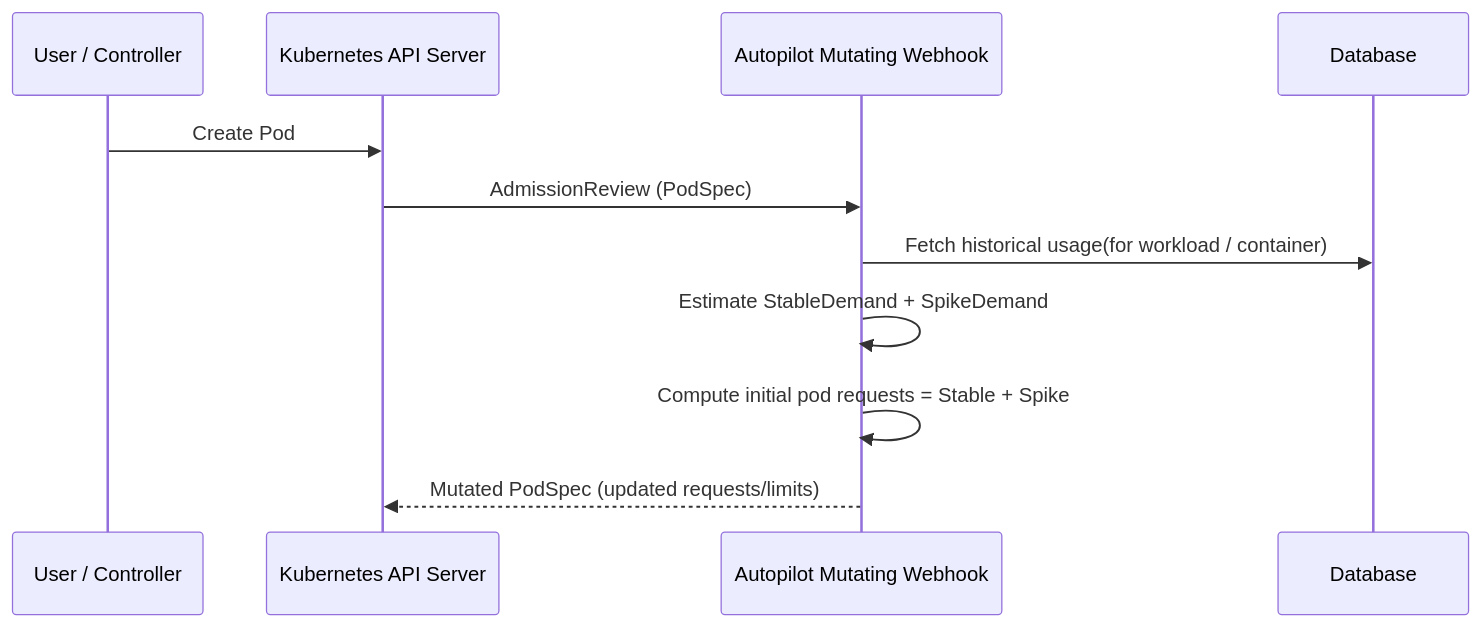
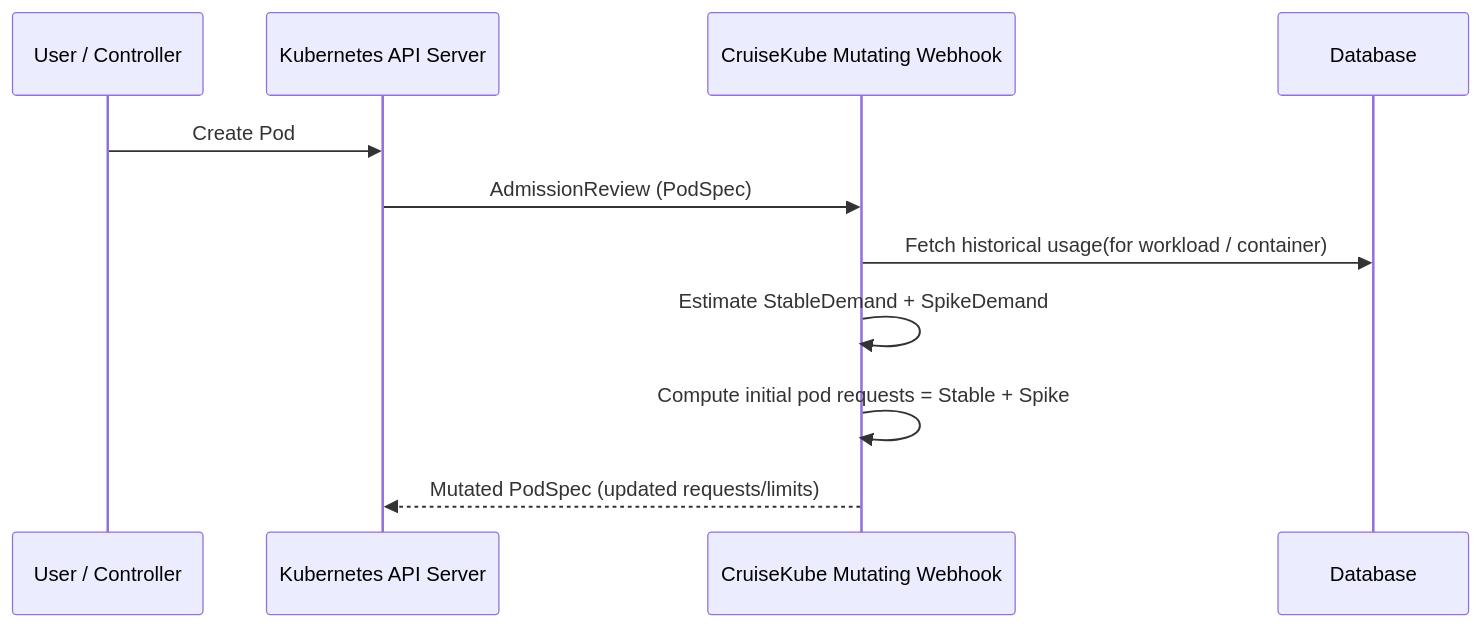
One commit to truefoundry/CruiseKube changed the third of 3 diagrams in docs/src/arch-overview.md. Above: the diagram before and after it, drawn with Mermaid. The commit also changed other lines of this file, not shown here.

Commit message:
no autopilot

````diff
--- a/docs/src/arch-overview.md
+++ b/docs/src/arch-overview.md
@@ -104,22 +104,22 @@
 ```mermaid
 sequenceDiagram
-  %% Autopilot Admission Webhook – Scheduling-Time Optimization
+  %% CruiseKube Admission Webhook – Scheduling-Time Optimization
 
   participant U as User / Controller
   participant K as Kubernetes API Server
-  participant W as Autopilot Mutating Webhook
+  participant W as CruiseKube Mutating Webhook
   participant M as Database
 %%   participant S as Scheduler
 %%   participant N as Node
 
   U->>K: Create Pod
   K->>W: AdmissionReview (PodSpec)
   W->>M: Fetch historical usage(for workload / container)
   W->>W: Estimate StableDemand + SpikeDemand
   W->>W: Compute initial pod requests = Stable + Spike
   W-->>K: Mutated PodSpec (updated requests/limits)
 %%   K->>S: Schedule Pod
 %%   S->>N: Bind Pod to Node
 %%   N-->>K: Pod running
 
 ```
````
